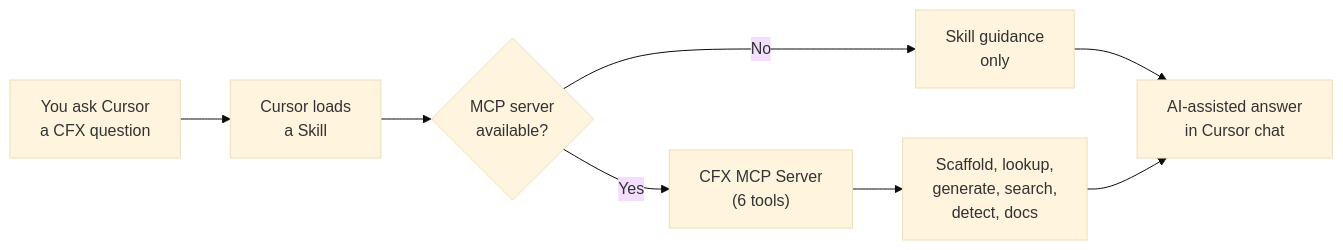
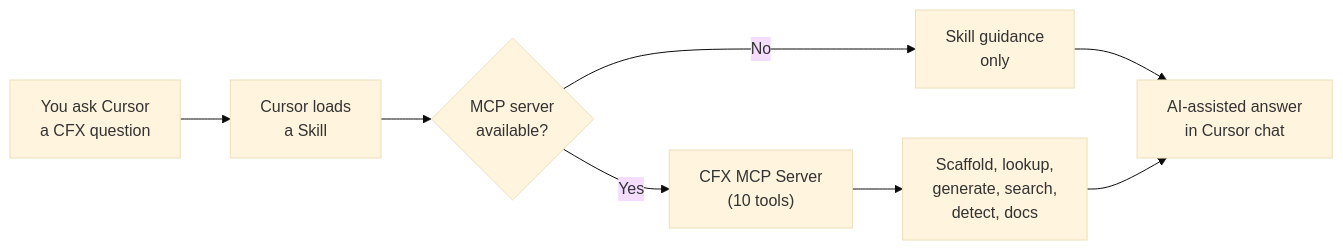
The diagram in README.md (TMHSDigital/CFX-Developer-Tools), drawn with Mermaid (base theme) before and after one commit. The commit also changed other lines of this file and 11 other files, not shown here.

````diff
--- a/README.md
+++ b/README.md
@@ -45,10 +45,10 @@
 ```mermaid
 flowchart LR
     A["You ask Cursor\na CFX question"] --> B["Cursor loads\na Skill"]
     B -->     C{"MCP server\navailable?"}
-    C -- Yes --> D["CFX MCP Server\n(6 tools)"]
+    C -- Yes --> D["CFX MCP Server\n(10 tools)"]
     C -- No --> E["Skill guidance\nonly"]
     D --> F["Scaffold, lookup,\ngenerate, search,\ndetect, docs"]
     E --> G["AI-assisted answer\nin Cursor chat"]
     F --> G
 ```
````
